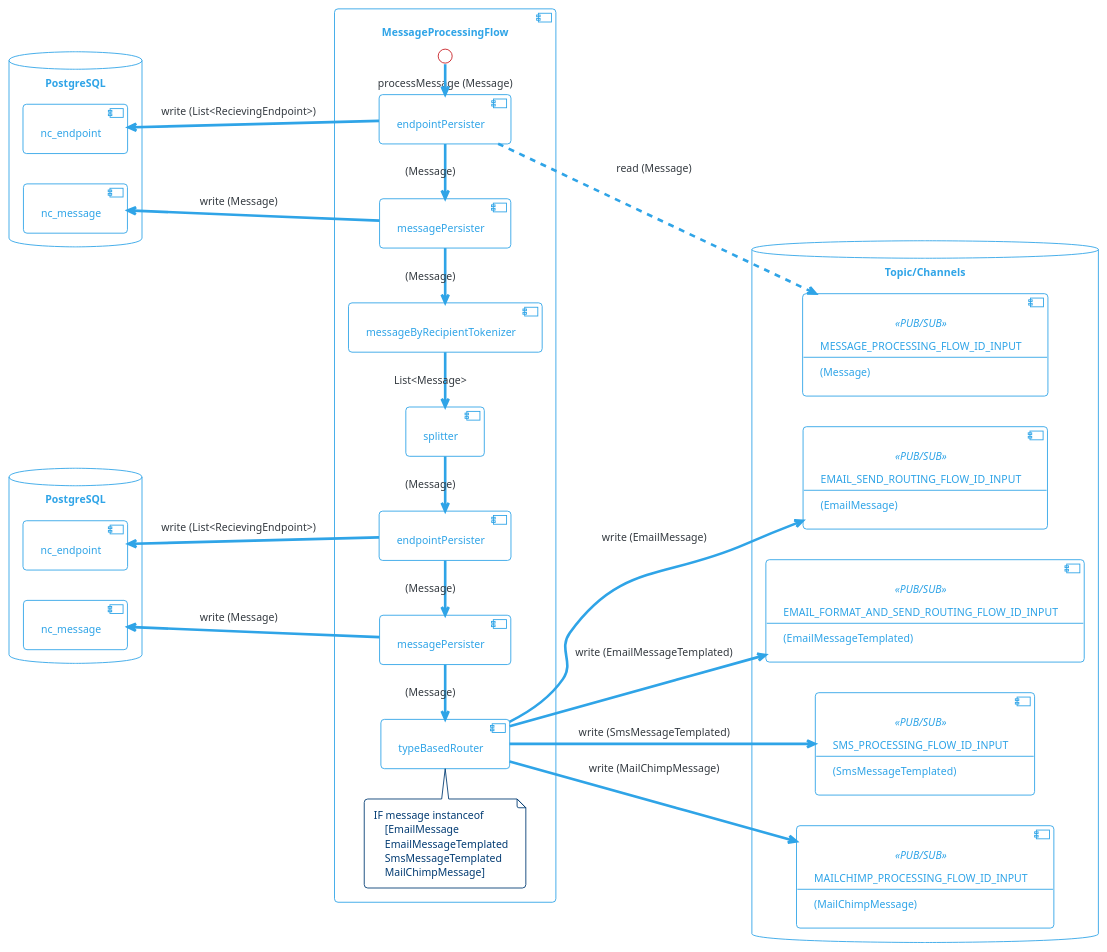
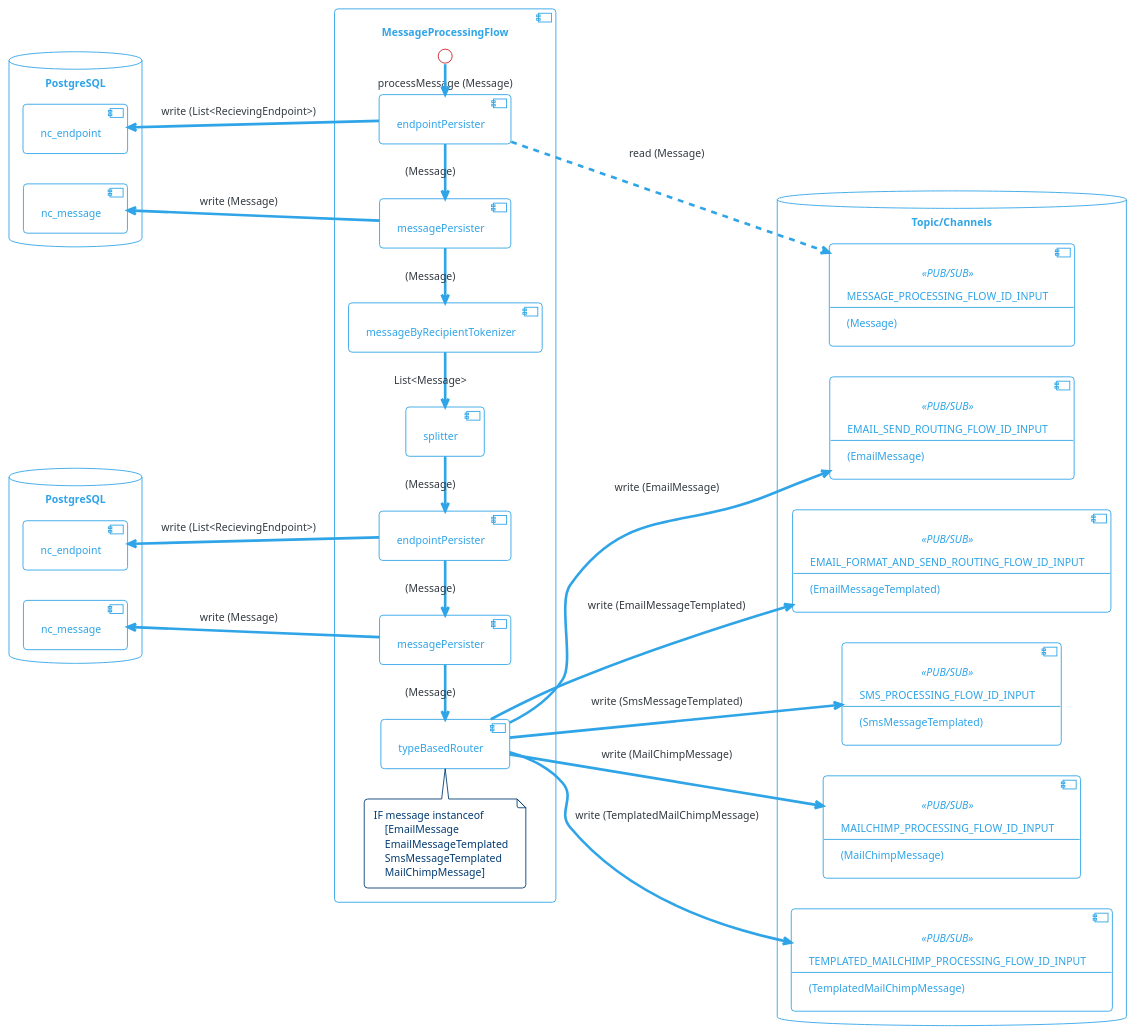
The diagram in docs/diagrams/src/message-processing-flow.puml (com-obj/notiflow), drawn with PlantUML before and after one commit. The commit also changed 2 other files, not shown here.

```diff
--- a/docs/diagrams/src/message-processing-flow.puml
+++ b/docs/diagrams/src/message-processing-flow.puml
@@ -1,96 +1,103 @@
 @startuml
 
 !theme cerulean-outline
 
 left to right direction
 
 skinparam backgroundcolor White
 skinparam component {
     backgroundColor<<user defined>> LightGray
 }
 
 database "PostgreSQL" as pg1 {
     [nc_message]
     [nc_endpoint]
 }
 
 database "PostgreSQL" as pg2 {
     [nc_message] as nc_message2
     [nc_endpoint] as nc_endpoint2
 }
 
 database "Topic/Channels" {
     component MESSAGE_PROCESSING_FLOW_ID_INPUT<<PUB/SUB>>[
         MESSAGE_PROCESSING_FLOW_ID_INPUT
         --
         (Message)
     ]
 
     component EMAIL_SEND_ROUTING_FLOW_ID_INPUT<<PUB/SUB>>[
         EMAIL_SEND_ROUTING_FLOW_ID_INPUT
         --
         (EmailMessage)   
     ]
 
     component EMAIL_FORMAT_AND_SEND_ROUTING_FLOW_ID_INPUT<<PUB/SUB>>[
         EMAIL_FORMAT_AND_SEND_ROUTING_FLOW_ID_INPUT
         --
         (EmailMessageTemplated)
     ]
 
     component SMS_PROCESSING_FLOW_ID_INPUT<<PUB/SUB>>[
         SMS_PROCESSING_FLOW_ID_INPUT
         --
         (SmsMessageTemplated)
     ]
 
     component MAILCHIMP_PROCESSING_FLOW_ID_INPUT<<PUB/SUB>>[
         MAILCHIMP_PROCESSING_FLOW_ID_INPUT
         --
         (MailChimpMessage)
     ]
+    
+    component TEMPLATED_MAILCHIMP_PROCESSING_FLOW_ID_INPUT<<PUB/SUB>>[
+        TEMPLATED_MAILCHIMP_PROCESSING_FLOW_ID_INPUT
+        --
+        (TemplatedMailChimpMessage)
+    ]
 }
 
 component "MessageProcessingFlow" {
     [endpointPersister] as endpointPersister1
     [messagePersister] as messagePersister1
     [messageByRecipientTokenizer]
     [splitter]
     [endpointPersister] as endpointPersister2
     [messagePersister] as messagePersister2
     [typeBasedRouter]
 
     note top of typeBasedRouter 
     IF message instanceof  
         [EmailMessage
         EmailMessageTemplated
         SmsMessageTemplated
         MailChimpMessage]
     end note  
 
     endpointPersister1 -l-> messagePersister1 : (Message)
     messagePersister1 -l-> messageByRecipientTokenizer : (Message)
     messageByRecipientTokenizer -l-> splitter : List<Message>
     splitter -l-> endpointPersister2 : (Message)
     endpointPersister2 -l-> messagePersister2: (Message)
     messagePersister2 -l--> typeBasedRouter: (Message)
 
     endpointPersister1 ..> MESSAGE_PROCESSING_FLOW_ID_INPUT : read (Message) 
     typeBasedRouter --> EMAIL_SEND_ROUTING_FLOW_ID_INPUT: write (EmailMessage)
     typeBasedRouter --> EMAIL_FORMAT_AND_SEND_ROUTING_FLOW_ID_INPUT: write (EmailMessageTemplated)
     typeBasedRouter --> SMS_PROCESSING_FLOW_ID_INPUT: write (SmsMessageTemplated)
     typeBasedRouter --> MAILCHIMP_PROCESSING_FLOW_ID_INPUT: write (MailChimpMessage)
+    typeBasedRouter --> TEMPLATED_MAILCHIMP_PROCESSING_FLOW_ID_INPUT: write (TemplatedMailChimpMessage)
 
     messagePersister2 -u-> nc_message2: write (Message)
     endpointPersister2 -u-> nc_endpoint2: write (List<RecievingEndpoint>)
     
     messagePersister1 -u-> nc_message: write (Message)
     endpointPersister1 -u-> nc_endpoint: write (List<RecievingEndpoint>)
 
 
     interface "processMessage (Message)" as processMessage  
     processMessage -l-> endpointPersister1
 }
 
 
 @enduml
```
